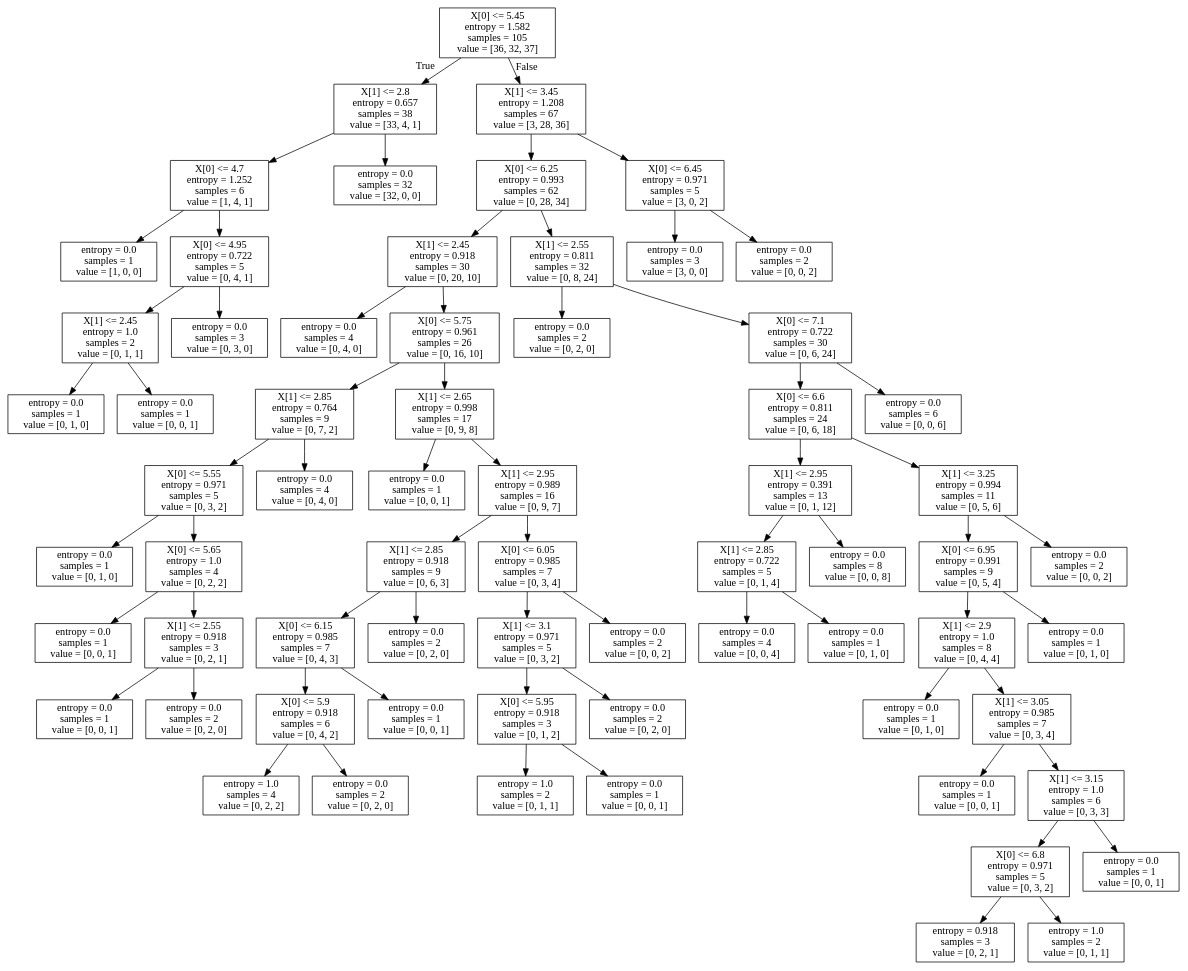
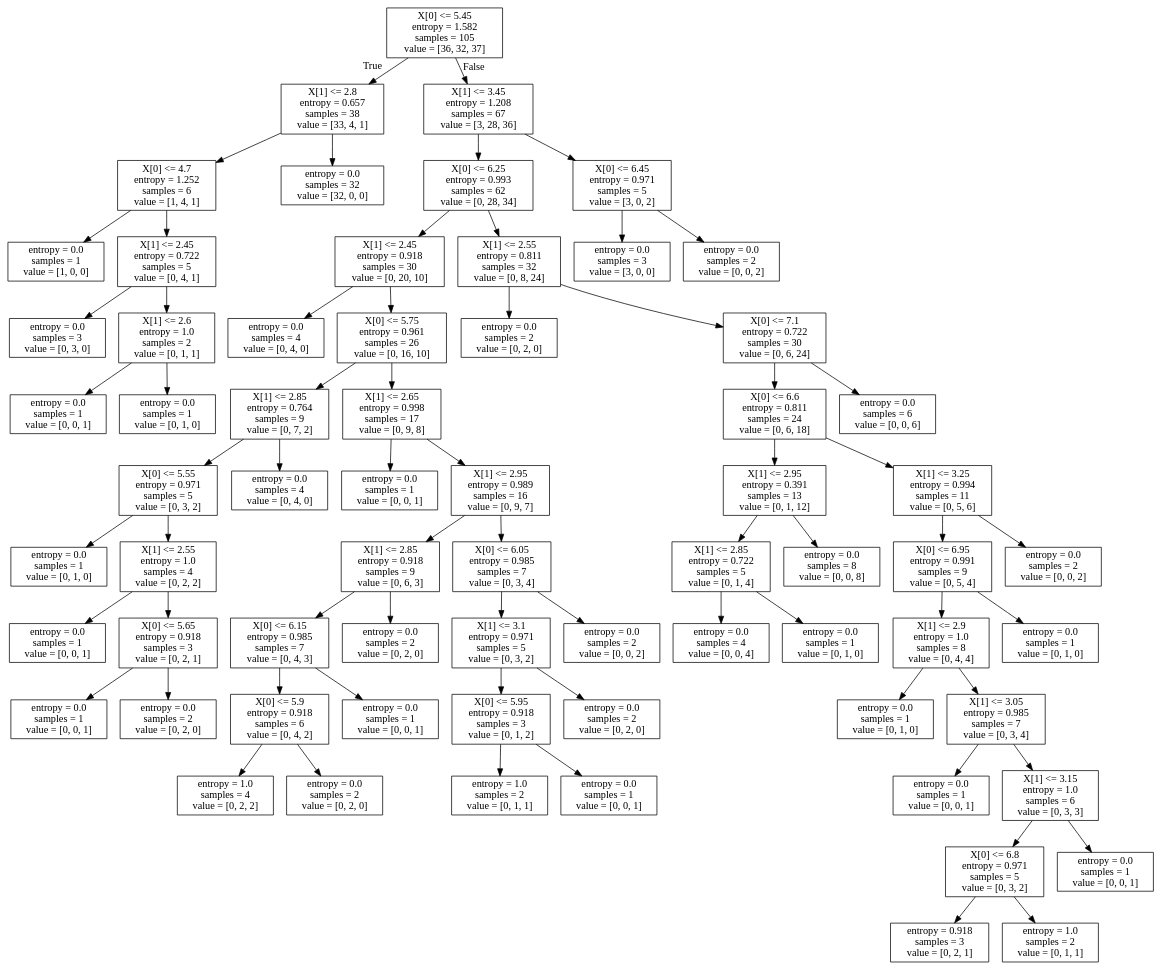
Before and after one commit to JoeHeisenberg/ml_learning: the diagram in ml_xiaoxiang/RandomForest/iris.dot, drawn with Graphviz. The commit also changed 76 other files, not shown here.

```diff
--- a/ml_xiaoxiang/RandomForest/iris.dot
+++ b/ml_xiaoxiang/RandomForest/iris.dot
@@ -1,136 +1,136 @@
 digraph Tree {
 node [shape=box] ;
 0 [label="X[0] <= 5.45\nentropy = 1.582\nsamples = 105\nvalue = [36, 32, 37]"] ;
 1 [label="X[1] <= 2.8\nentropy = 0.657\nsamples = 38\nvalue = [33, 4, 1]"] ;
 0 -> 1 [labeldistance=2.5, labelangle=45, headlabel="True"] ;
 2 [label="X[0] <= 4.7\nentropy = 1.252\nsamples = 6\nvalue = [1, 4, 1]"] ;
 1 -> 2 ;
 3 [label="entropy = 0.0\nsamples = 1\nvalue = [1, 0, 0]"] ;
 2 -> 3 ;
-4 [label="X[0] <= 4.95\nentropy = 0.722\nsamples = 5\nvalue = [0, 4, 1]"] ;
+4 [label="X[1] <= 2.45\nentropy = 0.722\nsamples = 5\nvalue = [0, 4, 1]"] ;
 2 -> 4 ;
-5 [label="X[1] <= 2.45\nentropy = 1.0\nsamples = 2\nvalue = [0, 1, 1]"] ;
+5 [label="entropy = 0.0\nsamples = 3\nvalue = [0, 3, 0]"] ;
 4 -> 5 ;
-6 [label="entropy = 0.0\nsamples = 1\nvalue = [0, 1, 0]"] ;
-5 -> 6 ;
+6 [label="X[1] <= 2.6\nentropy = 1.0\nsamples = 2\nvalue = [0, 1, 1]"] ;
+4 -> 6 ;
 7 [label="entropy = 0.0\nsamples = 1\nvalue = [0, 0, 1]"] ;
-5 -> 7 ;
-8 [label="entropy = 0.0\nsamples = 3\nvalue = [0, 3, 0]"] ;
-4 -> 8 ;
+6 -> 7 ;
+8 [label="entropy = 0.0\nsamples = 1\nvalue = [0, 1, 0]"] ;
+6 -> 8 ;
 9 [label="entropy = 0.0\nsamples = 32\nvalue = [32, 0, 0]"] ;
 1 -> 9 ;
 10 [label="X[1] <= 3.45\nentropy = 1.208\nsamples = 67\nvalue = [3, 28, 36]"] ;
 0 -> 10 [labeldistance=2.5, labelangle=-45, headlabel="False"] ;
 11 [label="X[0] <= 6.25\nentropy = 0.993\nsamples = 62\nvalue = [0, 28, 34]"] ;
 10 -> 11 ;
 12 [label="X[1] <= 2.45\nentropy = 0.918\nsamples = 30\nvalue = [0, 20, 10]"] ;
 11 -> 12 ;
 13 [label="entropy = 0.0\nsamples = 4\nvalue = [0, 4, 0]"] ;
 12 -> 13 ;
 14 [label="X[0] <= 5.75\nentropy = 0.961\nsamples = 26\nvalue = [0, 16, 10]"] ;
 12 -> 14 ;
 15 [label="X[1] <= 2.85\nentropy = 0.764\nsamples = 9\nvalue = [0, 7, 2]"] ;
 14 -> 15 ;
 16 [label="X[0] <= 5.55\nentropy = 0.971\nsamples = 5\nvalue = [0, 3, 2]"] ;
 15 -> 16 ;
 17 [label="entropy = 0.0\nsamples = 1\nvalue = [0, 1, 0]"] ;
 16 -> 17 ;
-18 [label="X[0] <= 5.65\nentropy = 1.0\nsamples = 4\nvalue = [0, 2, 2]"] ;
+18 [label="X[1] <= 2.55\nentropy = 1.0\nsamples = 4\nvalue = [0, 2, 2]"] ;
 16 -> 18 ;
 19 [label="entropy = 0.0\nsamples = 1\nvalue = [0, 0, 1]"] ;
 18 -> 19 ;
-20 [label="X[1] <= 2.55\nentropy = 0.918\nsamples = 3\nvalue = [0, 2, 1]"] ;
+20 [label="X[0] <= 5.65\nentropy = 0.918\nsamples = 3\nvalue = [0, 2, 1]"] ;
 18 -> 20 ;
 21 [label="entropy = 0.0\nsamples = 1\nvalue = [0, 0, 1]"] ;
 20 -> 21 ;
 22 [label="entropy = 0.0\nsamples = 2\nvalue = [0, 2, 0]"] ;
 20 -> 22 ;
 23 [label="entropy = 0.0\nsamples = 4\nvalue = [0, 4, 0]"] ;
 15 -> 23 ;
 24 [label="X[1] <= 2.65\nentropy = 0.998\nsamples = 17\nvalue = [0, 9, 8]"] ;
 14 -> 24 ;
 25 [label="entropy = 0.0\nsamples = 1\nvalue = [0, 0, 1]"] ;
 24 -> 25 ;
 26 [label="X[1] <= 2.95\nentropy = 0.989\nsamples = 16\nvalue = [0, 9, 7]"] ;
 24 -> 26 ;
 27 [label="X[1] <= 2.85\nentropy = 0.918\nsamples = 9\nvalue = [0, 6, 3]"] ;
 26 -> 27 ;
 28 [label="X[0] <= 6.15\nentropy = 0.985\nsamples = 7\nvalue = [0, 4, 3]"] ;
 27 -> 28 ;
 29 [label="X[0] <= 5.9\nentropy = 0.918\nsamples = 6\nvalue = [0, 4, 2]"] ;
 28 -> 29 ;
 30 [label="entropy = 1.0\nsamples = 4\nvalue = [0, 2, 2]"] ;
 29 -> 30 ;
 31 [label="entropy = 0.0\nsamples = 2\nvalue = [0, 2, 0]"] ;
 29 -> 31 ;
 32 [label="entropy = 0.0\nsamples = 1\nvalue = [0, 0, 1]"] ;
 28 -> 32 ;
 33 [label="entropy = 0.0\nsamples = 2\nvalue = [0, 2, 0]"] ;
 27 -> 33 ;
 34 [label="X[0] <= 6.05\nentropy = 0.985\nsamples = 7\nvalue = [0, 3, 4]"] ;
 26 -> 34 ;
 35 [label="X[1] <= 3.1\nentropy = 0.971\nsamples = 5\nvalue = [0, 3, 2]"] ;
 34 -> 35 ;
 36 [label="X[0] <= 5.95\nentropy = 0.918\nsamples = 3\nvalue = [0, 1, 2]"] ;
 35 -> 36 ;
 37 [label="entropy = 1.0\nsamples = 2\nvalue = [0, 1, 1]"] ;
 36 -> 37 ;
 38 [label="entropy = 0.0\nsamples = 1\nvalue = [0, 0, 1]"] ;
 36 -> 38 ;
 39 [label="entropy = 0.0\nsamples = 2\nvalue = [0, 2, 0]"] ;
 35 -> 39 ;
 40 [label="entropy = 0.0\nsamples = 2\nvalue = [0, 0, 2]"] ;
 34 -> 40 ;
 41 [label="X[1] <= 2.55\nentropy = 0.811\nsamples = 32\nvalue = [0, 8, 24]"] ;
 11 -> 41 ;
 42 [label="entropy = 0.0\nsamples = 2\nvalue = [0, 2, 0]"] ;
 41 -> 42 ;
 43 [label="X[0] <= 7.1\nentropy = 0.722\nsamples = 30\nvalue = [0, 6, 24]"] ;
 41 -> 43 ;
 44 [label="X[0] <= 6.6\nentropy = 0.811\nsamples = 24\nvalue = [0, 6, 18]"] ;
 43 -> 44 ;
 45 [label="X[1] <= 2.95\nentropy = 0.391\nsamples = 13\nvalue = [0, 1, 12]"] ;
 44 -> 45 ;
 46 [label="X[1] <= 2.85\nentropy = 0.722\nsamples = 5\nvalue = [0, 1, 4]"] ;
 45 -> 46 ;
 47 [label="entropy = 0.0\nsamples = 4\nvalue = [0, 0, 4]"] ;
 46 -> 47 ;
 48 [label="entropy = 0.0\nsamples = 1\nvalue = [0, 1, 0]"] ;
 46 -> 48 ;
 49 [label="entropy = 0.0\nsamples = 8\nvalue = [0, 0, 8]"] ;
 45 -> 49 ;
 50 [label="X[1] <= 3.25\nentropy = 0.994\nsamples = 11\nvalue = [0, 5, 6]"] ;
 44 -> 50 ;
 51 [label="X[0] <= 6.95\nentropy = 0.991\nsamples = 9\nvalue = [0, 5, 4]"] ;
 50 -> 51 ;
 52 [label="X[1] <= 2.9\nentropy = 1.0\nsamples = 8\nvalue = [0, 4, 4]"] ;
 51 -> 52 ;
 53 [label="entropy = 0.0\nsamples = 1\nvalue = [0, 1, 0]"] ;
 52 -> 53 ;
 54 [label="X[1] <= 3.05\nentropy = 0.985\nsamples = 7\nvalue = [0, 3, 4]"] ;
 52 -> 54 ;
 55 [label="entropy = 0.0\nsamples = 1\nvalue = [0, 0, 1]"] ;
 54 -> 55 ;
 56 [label="X[1] <= 3.15\nentropy = 1.0\nsamples = 6\nvalue = [0, 3, 3]"] ;
 54 -> 56 ;
 57 [label="X[0] <= 6.8\nentropy = 0.971\nsamples = 5\nvalue = [0, 3, 2]"] ;
 56 -> 57 ;
 58 [label="entropy = 0.918\nsamples = 3\nvalue = [0, 2, 1]"] ;
 57 -> 58 ;
 59 [label="entropy = 1.0\nsamples = 2\nvalue = [0, 1, 1]"] ;
 57 -> 59 ;
 60 [label="entropy = 0.0\nsamples = 1\nvalue = [0, 0, 1]"] ;
 56 -> 60 ;
 61 [label="entropy = 0.0\nsamples = 1\nvalue = [0, 1, 0]"] ;
 51 -> 61 ;
 62 [label="entropy = 0.0\nsamples = 2\nvalue = [0, 0, 2]"] ;
 50 -> 62 ;
 63 [label="entropy = 0.0\nsamples = 6\nvalue = [0, 0, 6]"] ;
 43 -> 63 ;
 64 [label="X[0] <= 6.45\nentropy = 0.971\nsamples = 5\nvalue = [3, 0, 2]"] ;
 10 -> 64 ;
 65 [label="entropy = 0.0\nsamples = 3\nvalue = [3, 0, 0]"] ;
 64 -> 65 ;
 66 [label="entropy = 0.0\nsamples = 2\nvalue = [0, 0, 2]"] ;
 64 -> 66 ;
 }
```
